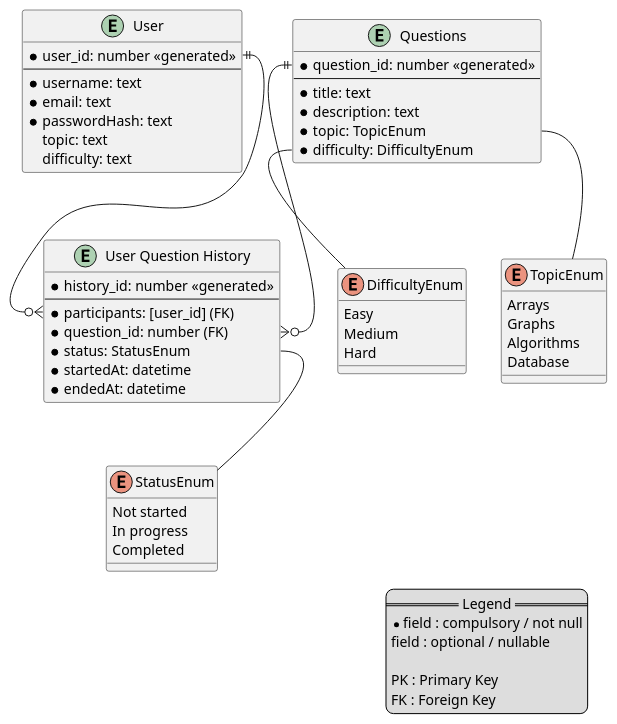
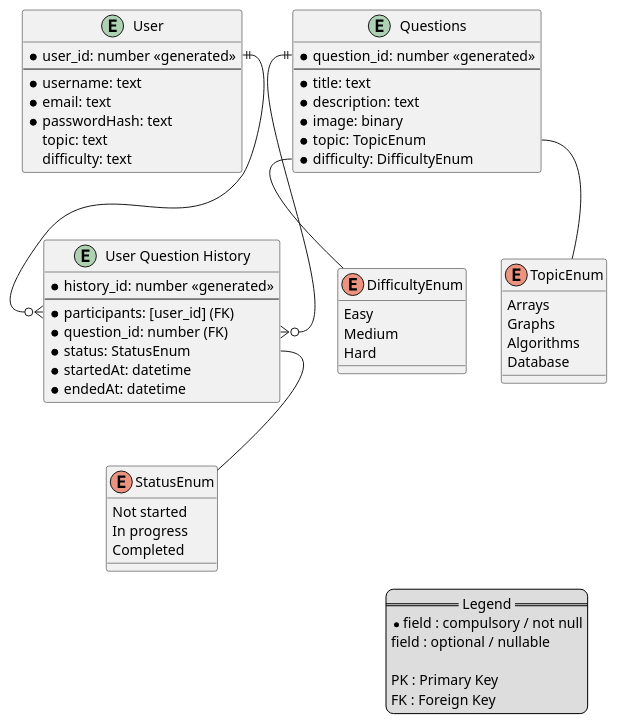
One commit to CS3219-AY2526Sem1/cs3219-ay2526s1-project-g14 changed the diagram in docs/entity-relationship-diagram.puml. Above: the diagram before and after it, drawn with PlantUML.

Commit message:
Add image as a field of questions

```diff
--- a/docs/entity-relationship-diagram.puml
+++ b/docs/entity-relationship-diagram.puml
@@ -1,71 +1,72 @@
 @startuml
 
 ' avoid problems with angled crows feet
 
 entity "User" as user {
     *user_id: number <<generated>>
     --
     *username: text
     *email: text
     *passwordHash: text
     topic: text
     difficulty: text
 }
 
 entity "Questions" as questions {
     *question_id: number <<generated>>
     --
     *title: text
     *description: text
+    *image: binary
     *topic: TopicEnum
     *difficulty: DifficultyEnum
 }
 
 entity "User Question History" as history {
     *history_id: number <<generated>>
     --
     *participants: [user_id] (FK)
     *question_id: number (FK)
     *status: StatusEnum
     *startedAt: datetime
     *endedAt: datetime
 }
 
 ' Enums
 enum DifficultyEnum {
     Easy
     Medium
     Hard
 }
 
 enum TopicEnum {
     Arrays
     Graphs
     Algorithms
     Database
 }
 
 enum StatusEnum {
     Not started
     In progress
     Completed
 }
 
 user::user_id ||--o{ history::participants
 questions::question_id ||--o{ history::question_id
 
 ' Link fields to enums
 questions::difficulty -- DifficultyEnum
 questions::topic -- TopicEnum
 history::status -- StatusEnum
 
 legend right
     == Legend ==
     *field : compulsory / not null
     field : optional / nullable
 
     PK : Primary Key
     FK : Foreign Key
 endlegend
 
 @enduml
```
